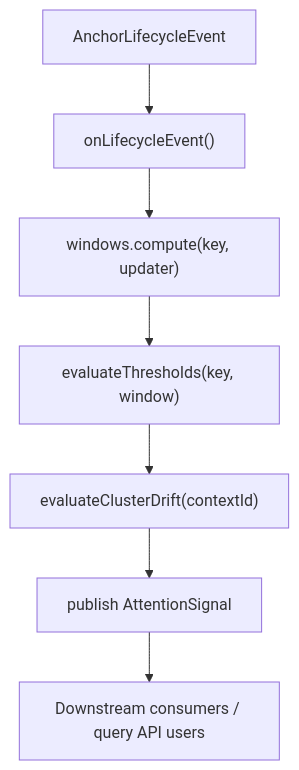
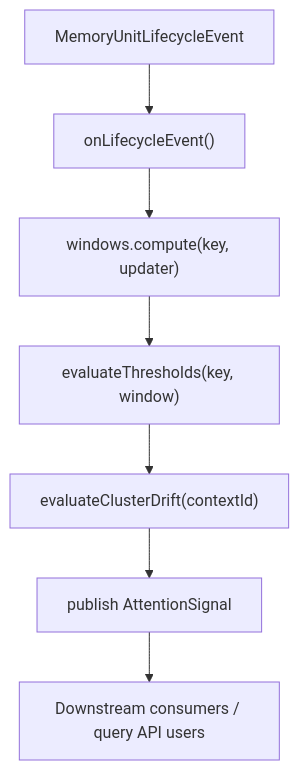
Before and after one commit to jimador/arc-mem: the first of 2 diagrams in docs/attention-tracker-architecture.md, drawn with Mermaid. The commit also changed other lines of this file and 1260 other files, not shown here.

````diff
--- a/docs/attention-tracker-architecture.md
+++ b/docs/attention-tracker-architecture.md
@@ -29,9 +29,9 @@
 ```mermaid
 flowchart TD
-    E["AnchorLifecycleEvent"] --> L["onLifecycleEvent()"]
+    E["MemoryUnitLifecycleEvent"] --> L["onLifecycleEvent()"]
     L --> U["windows.compute(key, updater)"]
     U --> T["evaluateThresholds(key, window)"]
     T --> C["evaluateClusterDrift(contextId)"]
     C --> P["publish AttentionSignal"]
     P --> D["Downstream consumers / query API users"]
 ```
````
